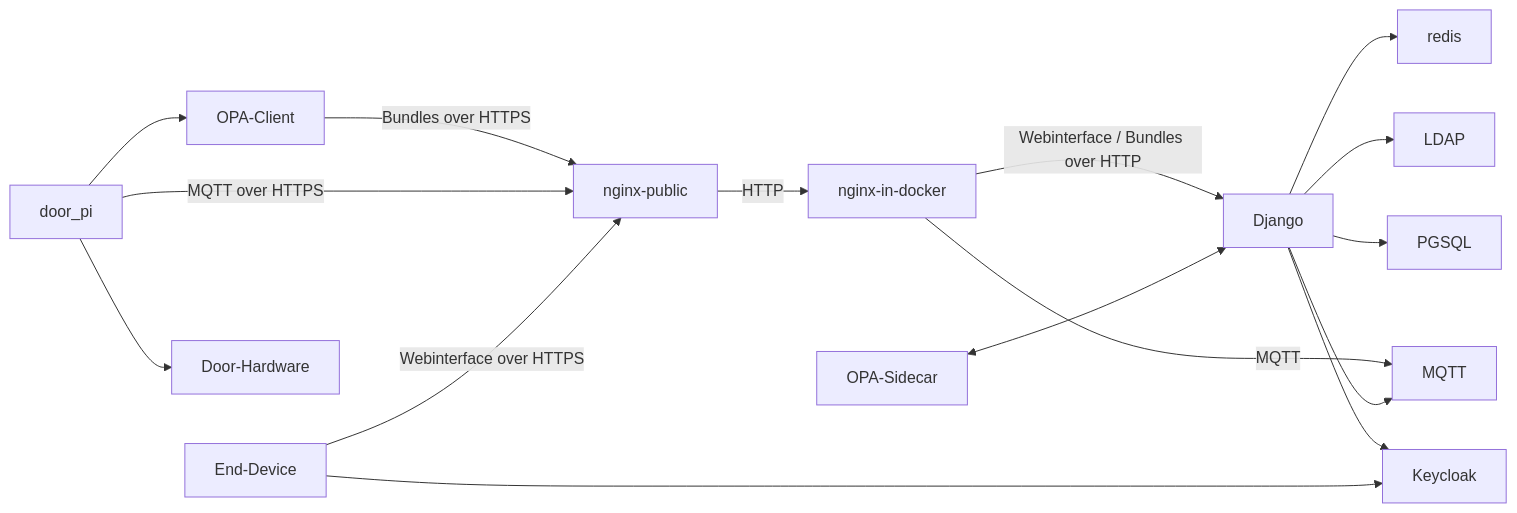
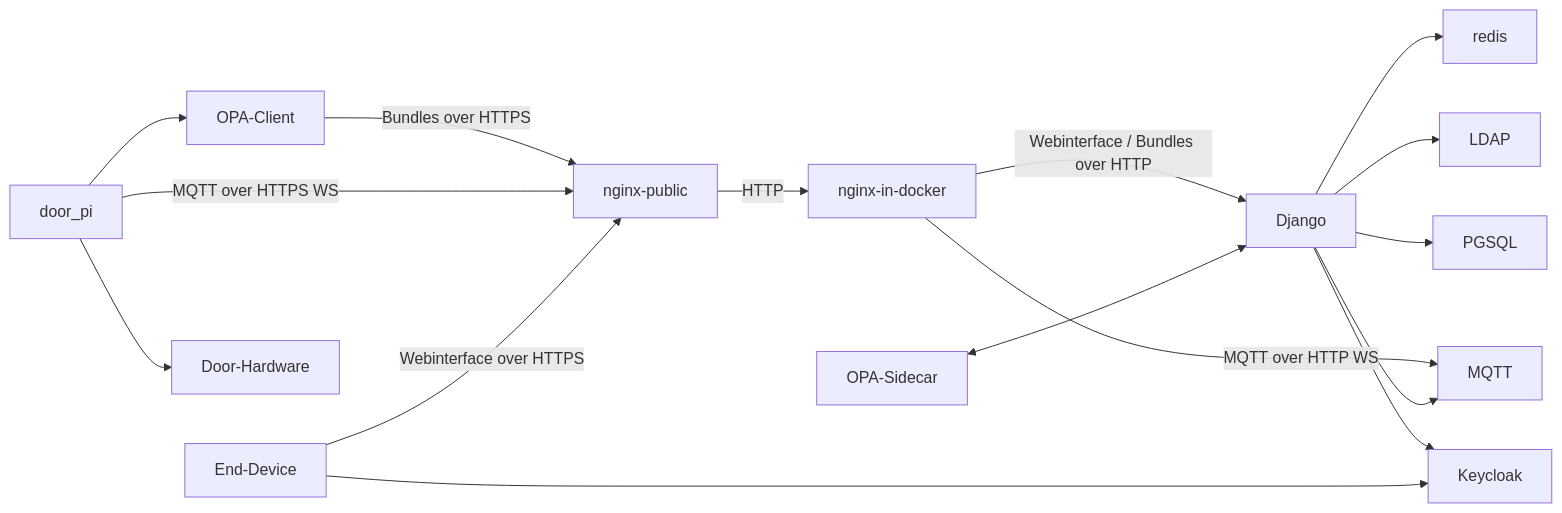
One commit to phi1010/django_application_framework changed the first of 2 diagrams in README.md. Above: the diagram before and after it, drawn with Mermaid.

````diff
--- a/README.md
+++ b/README.md
@@ -51,19 +51,19 @@
 ```mermaid
 flowchart LR
 
 nginx-in-docker -->|Webinterface / Bundles over HTTP| Django
-nginx-in-docker -->|MQTT| MQTT
+nginx-in-docker -->|MQTT over HTTP WS| MQTT
 OPA-Sidecar <--> Django
 nginx-public -->|HTTP| nginx-in-docker
 OPA-Client -->|Bundles over HTTPS| nginx-public
-door_pi -->|MQTT over HTTPS| nginx-public
+door_pi -->|MQTT over HTTPS WS| nginx-public
 Django --> redis
 Django --> LDAP
 Django --> PGSQL
 Django --> MQTT
 Django --> Keycloak
 End-Device -->|Webinterface over HTTPS| nginx-public
 End-Device --> Keycloak
 door_pi --> Door-Hardware
 door_pi --> OPA-Client
 ```
````
